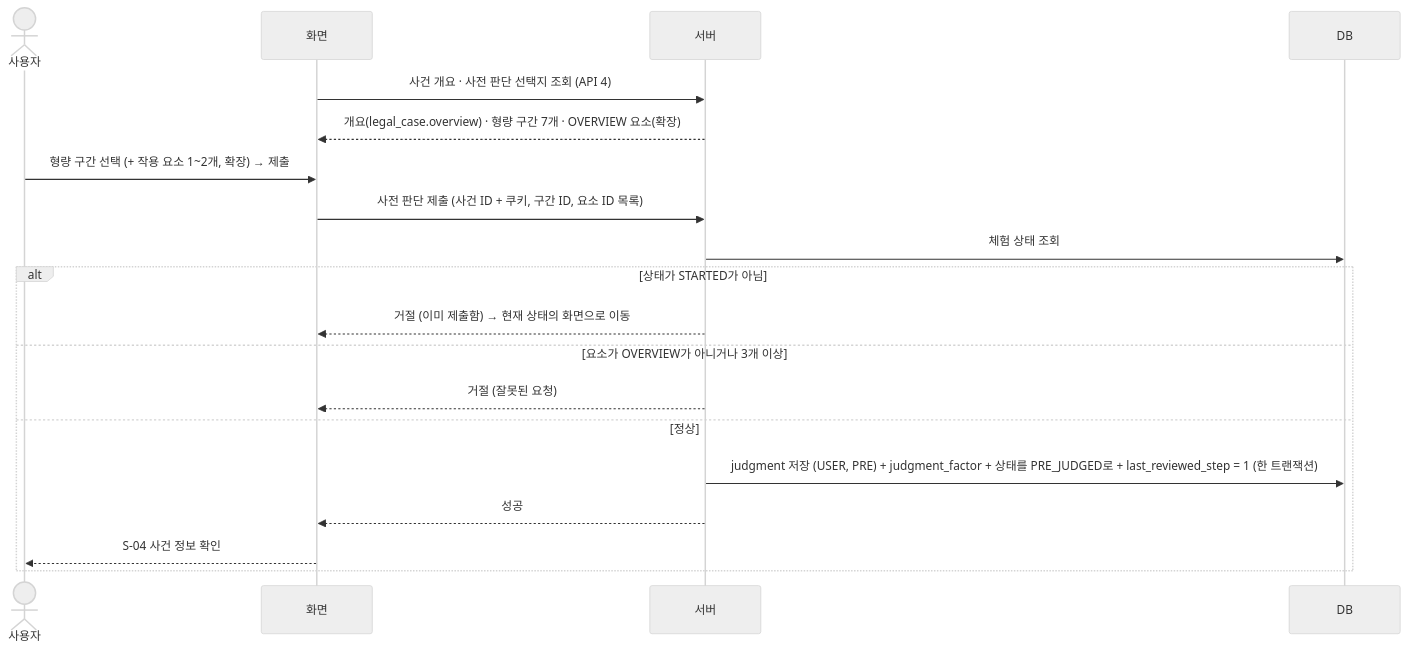
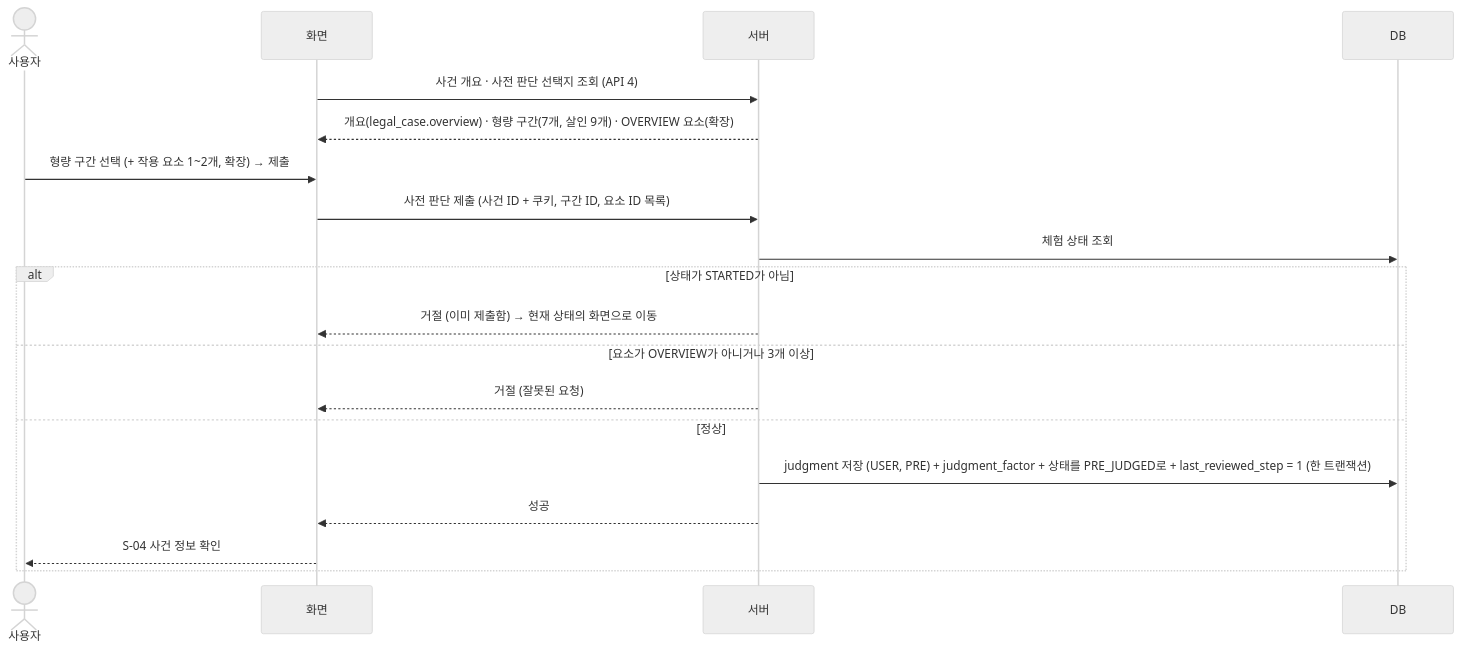
One commit to prgrms-aibe-devcourse/AIBE7_FinalProject_Team2 changed the third of 7 diagrams in docs/sequence-diagram.md. Above: the diagram before and after it, drawn with Mermaid (neutral theme). The commit also changed other lines of this file and 9 other files, not shown here.

````diff
--- a/docs/sequence-diagram.md
+++ b/docs/sequence-diagram.md
@@ -94,22 +95,22 @@
 ```mermaid
 sequenceDiagram
     actor U as 사용자
     participant F as 화면
     participant S as 서버
     participant D as DB
  
     F->>S: 사건 개요 · 사전 판단 선택지 조회 (API 4)
-    S-->>F: 개요(legal_case.overview) · 형량 구간 7개 · OVERVIEW 요소(확장)
+    S-->>F: 개요(legal_case.overview) · 형량 구간(7개, 살인 9개) · OVERVIEW 요소(확장)
     U->>F: 형량 구간 선택 (+ 작용 요소 1~2개, 확장) → 제출
     F->>S: 사전 판단 제출 (사건 ID + 쿠키, 구간 ID, 요소 ID 목록)
     S->>D: 체험 상태 조회
     alt 상태가 STARTED가 아님
         S-->>F: 거절 (이미 제출함) → 현재 상태의 화면으로 이동
     else 요소가 OVERVIEW가 아니거나 3개 이상
         S-->>F: 거절 (잘못된 요청)
     else 정상
         S->>D: judgment 저장 (USER, PRE) + judgment_factor + 상태를 PRE_JUDGED로 + last_reviewed_step = 1 (한 트랜잭션)
         S-->>F: 성공
         F-->>U: S-04 사건 정보 확인
     end
 ```
````
